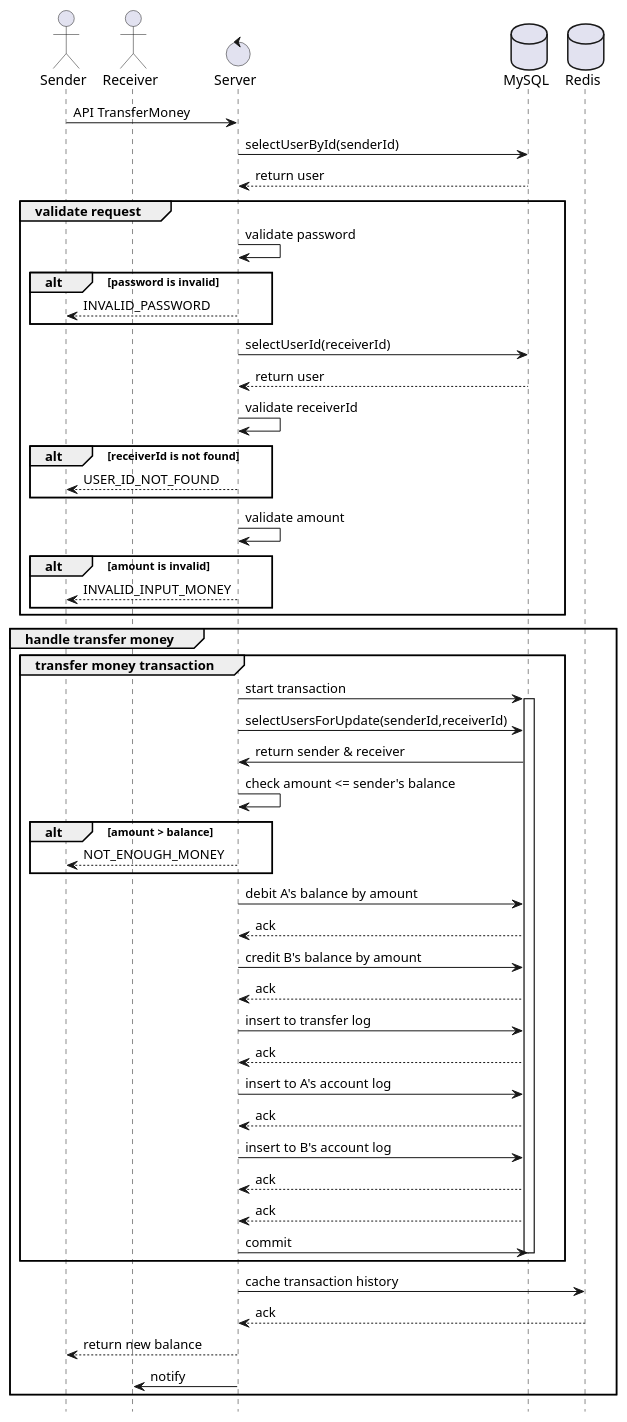
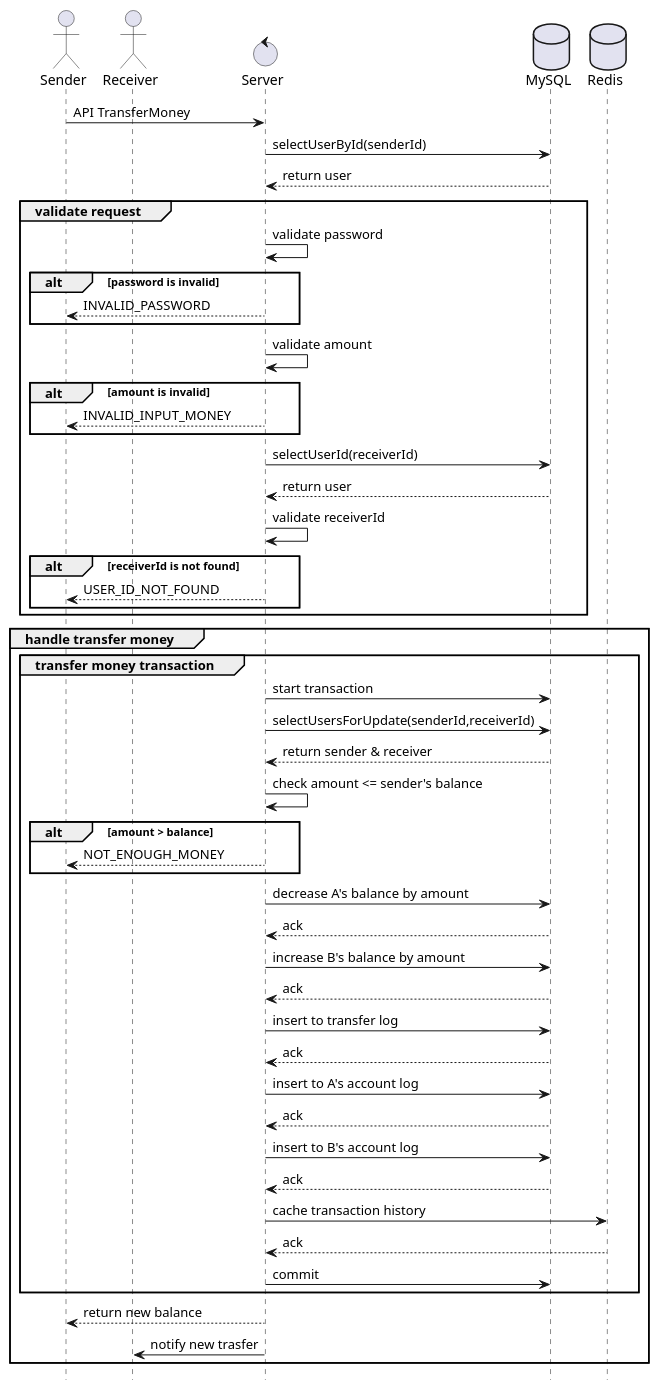
The diagram in documents/sequence diagrams/transfer-money.puml (noradomi/foo-app), drawn with PlantUML before and after one commit. The commit also changed 30 other files, not shown here.

```diff
--- a/documents/sequence diagrams/transfer-money.puml
+++ b/documents/sequence diagrams/transfer-money.puml
@@ -1,58 +1,55 @@
 @startuml transfer-money
 hide footbox
 actor "Sender"
 actor "Receiver"
 control "Server"
 database "MySQL"
 database "Redis"
 "Sender" -> "Server": API TransferMoney
 "Server" -> "MySQL": selectUserById(senderId)
 "MySQL" --> "Server": return user
 
 group validate request
 "Server" -> "Server": validate password
   alt password is invalid
   "Server" --> "Sender": INVALID_PASSWORD
   end
+  "Server" -> "Server": validate amount
+  alt amount is invalid
+  "Server" --> "Sender": INVALID_INPUT_MONEY
+  end
   "Server" -> "MySQL": selectUserId(receiverId)
   "MySQL" --> "Server": return user
   "Server" -> "Server": validate receiverId
   alt receiverId is not found
   "Server" --> "Sender": USER_ID_NOT_FOUND
   end
-  "Server" -> "Server": validate amount
-  alt amount is invalid
-  "Server" --> "Sender": INVALID_INPUT_MONEY
-  end
 end
 
 group handle transfer money
   group transfer money transaction
     "Server" -> "MySQL": start transaction
-    activate MySQL
     "Server" -> "MySQL": selectUsersForUpdate(senderId,receiverId)
-    "MySQL" -> "Server": return sender & receiver
+    "MySQL" --> "Server": return sender & receiver
     "Server" -> "Server" : check amount <= sender's balance
     alt  amount > balance
     "Server" --> "Sender": NOT_ENOUGH_MONEY
     end
-    "Server" -> "MySQL" : debit A's balance by amount
+    "Server" -> "MySQL" : decrease A's balance by amount
     "MySQL" --> "Server": ack
-    "Server" -> "MySQL" : credit B's balance by amount
+    "Server" -> "MySQL" : increase B's balance by amount
     "MySQL" --> "Server": ack
     "Server" -> "MySQL" : insert to transfer log
     "MySQL" --> "Server": ack
     "Server" -> "MySQL" : insert to A's account log
     "MySQL" --> "Server": ack
     "Server" -> "MySQL" : insert to B's account log
     "MySQL" --> "Server": ack
-    "MySQL" --> "Server": ack
-    "Server" -> "MySQL" : commit
-    deactivate MySQL
-    end
     "Server" -> "Redis": cache transaction history
     "Redis" --> "Server": ack
+    "Server" -> "MySQL" : commit
+    end
     "Server" --> "Sender": return new balance
-    "Server" -> "Receiver" : notify
+    "Server" -> "Receiver" : notify new trasfer
 end
 @enduml
```
